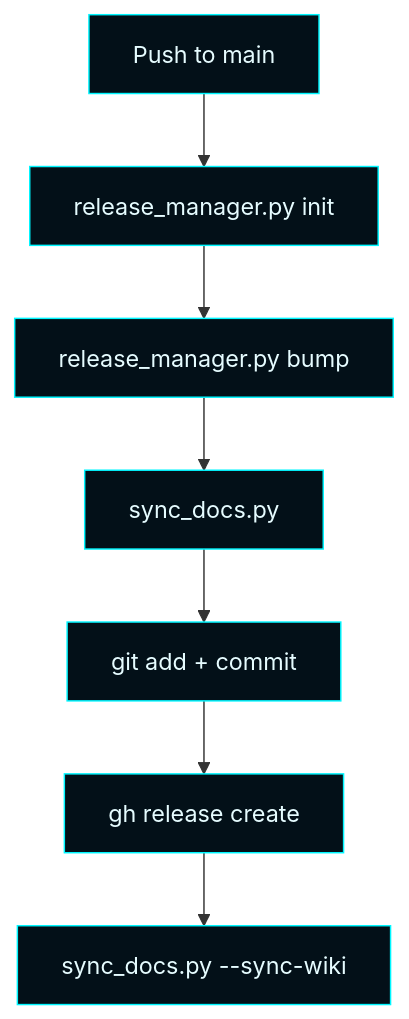
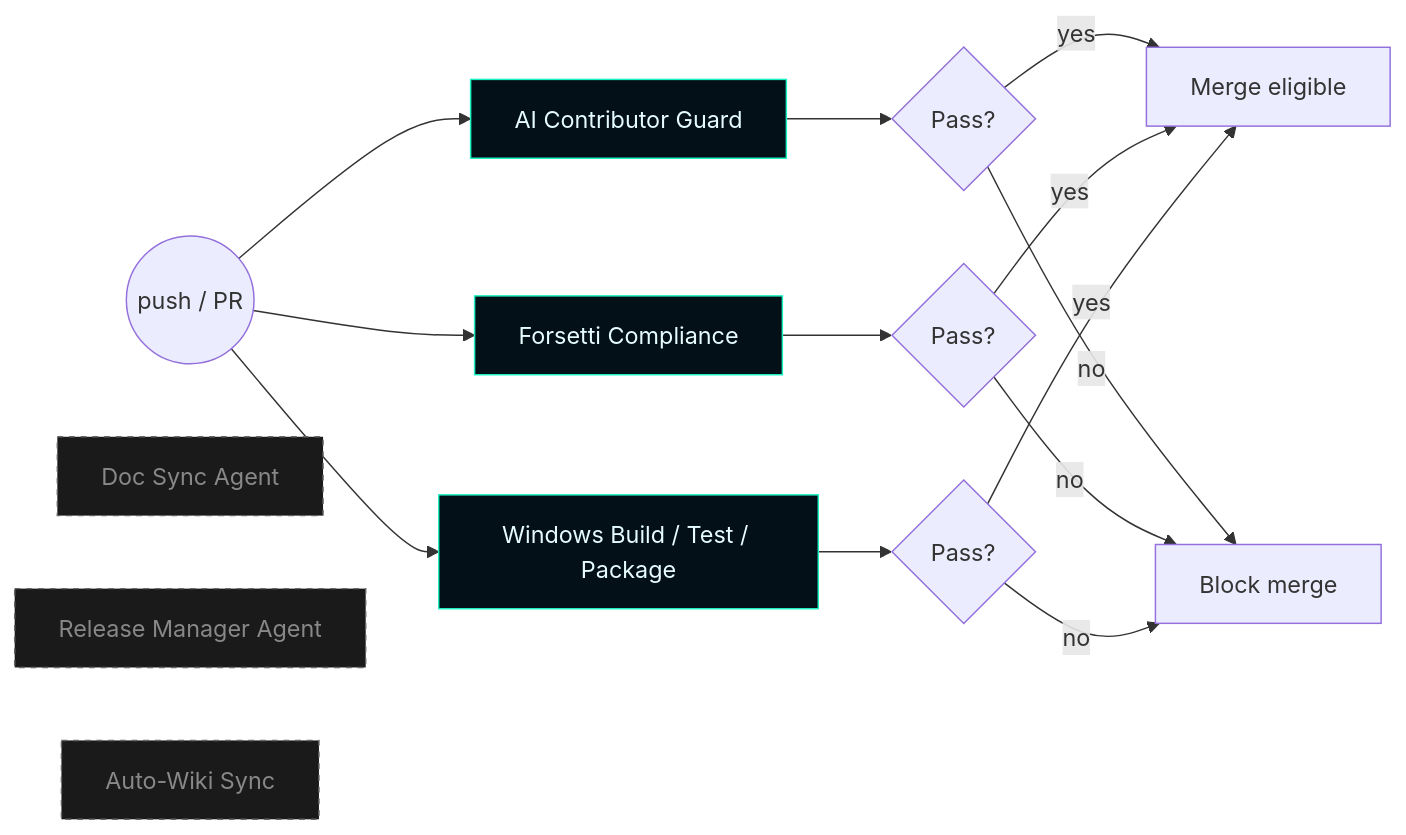
Before and after one commit to flynn33/Master-Control-Orchestration-Server: the diagram in docs/wiki/Automation.md, drawn with Mermaid. The commit also changed other lines of this file and 66 other files, not shown here.

````diff
--- a/docs/wiki/Automation.md
+++ b/docs/wiki/Automation.md
@@ -13,11 +20,25 @@
 ```mermaid
-flowchart TB
-    classDef accent fill:#031018,stroke:#00F6FF,color:#E6FCFF;
+flowchart LR
+    classDef active fill:#031018,stroke:#1cf2c1,color:#E6FCFF;
+    classDef retired fill:#1a1a1a,stroke:#666,color:#888,stroke-dasharray:4 4;
 
-    Push[Push to main]:::accent --> Init[release_manager.py init]:::accent
-    Init --> Bump[release_manager.py bump]:::accent
-    Bump --> Sync[sync_docs.py]:::accent
-    Sync --> Commit[git add + commit]:::accent
-    Commit --> Release[gh release create]:::accent
-    Release --> Wiki[sync_docs.py --sync-wiki]:::accent
+    Push((push / PR)) --> Guard[AI Contributor Guard]:::active
+    Push --> Forsetti[Forsetti Compliance]:::active
+    Push --> Windows[Windows Build / Test / Package]:::active
+
+    Guard --> GuardOK{Pass?}
+    Forsetti --> ForsettiOK{Pass?}
+    Windows --> WindowsOK{Pass?}
+
+    GuardOK -- yes --> Merge[Merge eligible]
+    ForsettiOK -- yes --> Merge
+    WindowsOK -- yes --> Merge
+
+    GuardOK -- no --> Block[Block merge]
+    ForsettiOK -- no --> Block
+    WindowsOK -- no --> Block
+
+    DocSync[Doc Sync Agent]:::retired
+    ReleaseAgent[Release Manager Agent]:::retired
+    WikiSync[Auto-Wiki Sync]:::retired
 ```
````
